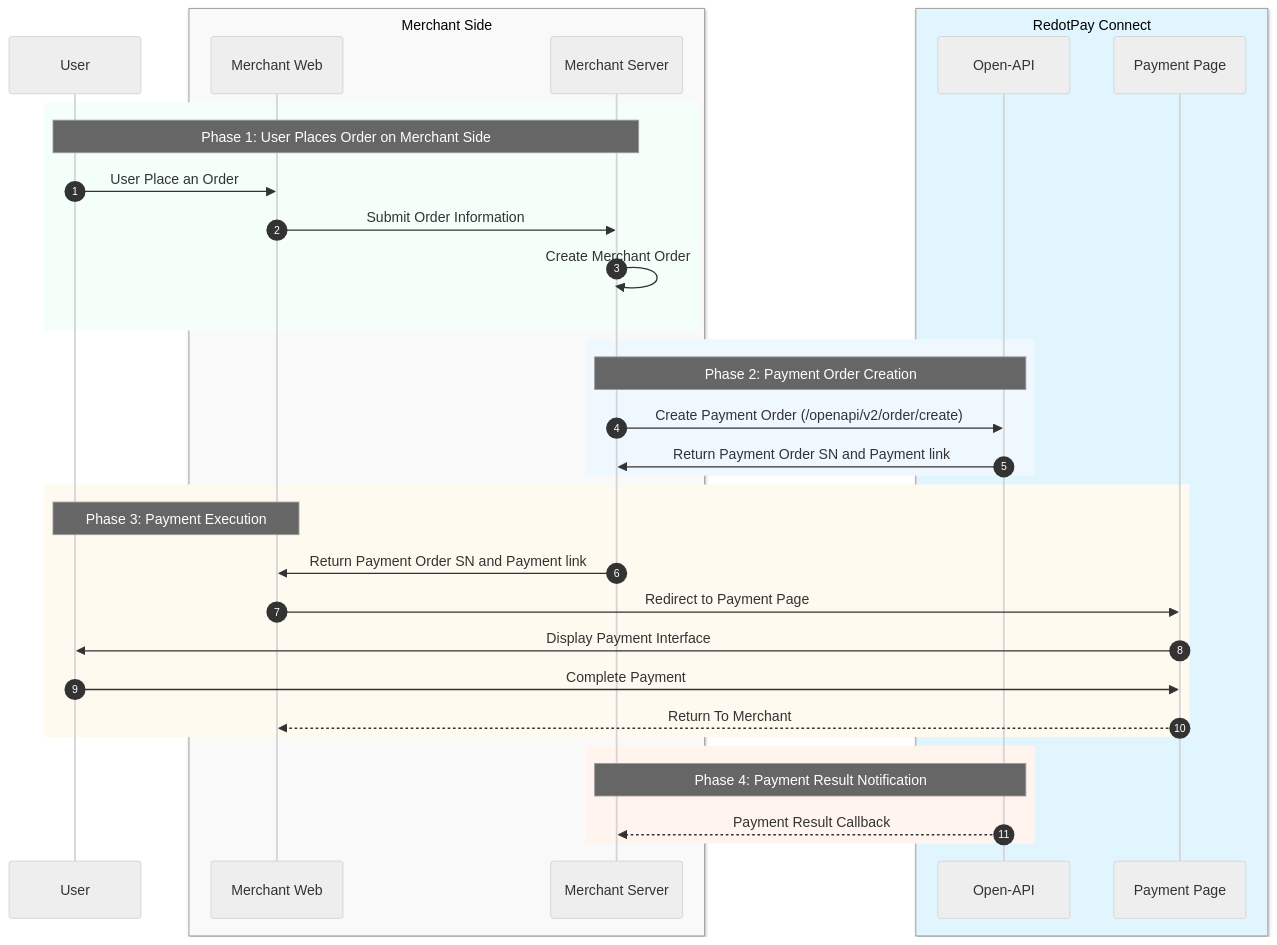
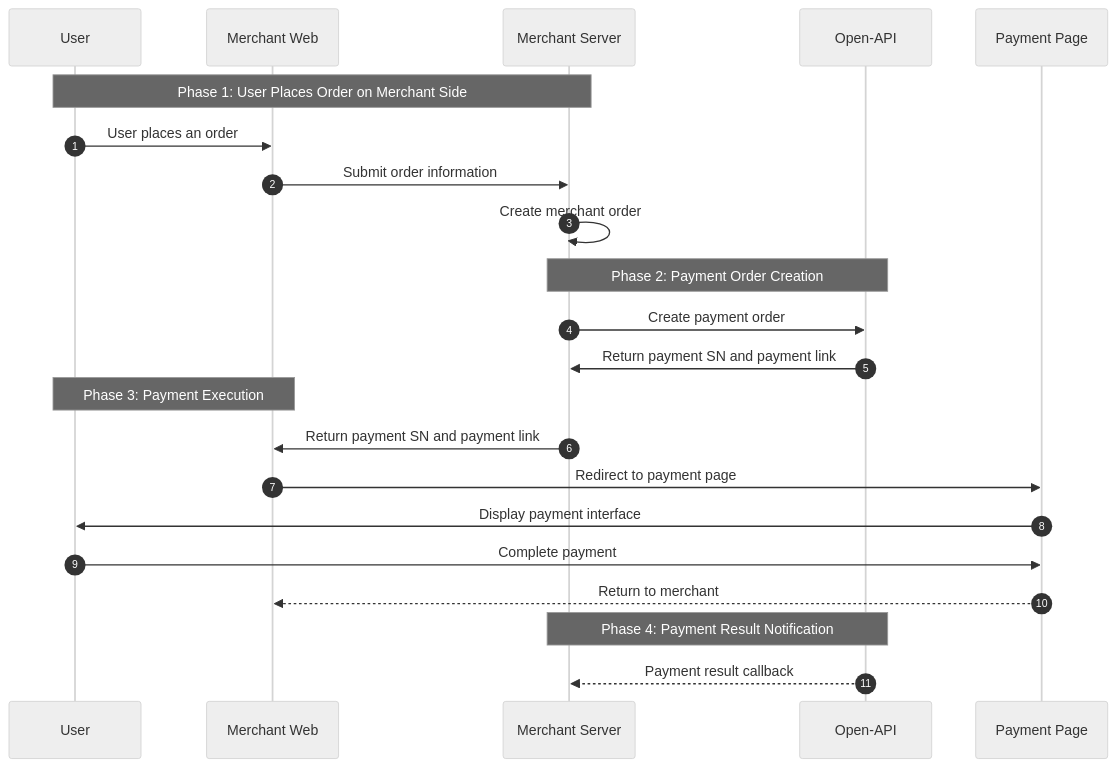
One commit to leo-nemo-8/test-changelog changed the first of 2 diagrams in docs/Getting Started/payment.md. Above: the diagram before and after it, drawn with Mermaid (neutral theme). The commit also changed other lines of this file, not shown here.

Commit message:
Update doc `payment`

````diff
--- a/docs/Getting Started/payment.md
+++ b/docs/Getting Started/payment.md
@@ -32,36 +32,28 @@
 ```mermaid
 sequenceDiagram
     autonumber
     participant User as User
-    box rgb(249, 249, 249) Merchant Side
-        participant App as Merchant Web
-        participant Backend as Merchant Server
-    end
-    box rgb(225, 245, 254) RedotPay Connect
-        participant API as Open-API
-        participant SDK as Payment Page
-    end
-    rect rgb(245, 255, 250)
-        note over User, Backend: Phase 1: User Places Order on Merchant Side
-        User->>App: User Place an Order
-        App->>Backend: Submit Order Information
-        Backend->>Backend: Create Merchant Order
-    end
-    rect rgb(240, 248, 255)
-        note over Backend, API: Phase 2: Payment Order Creation
-        Backend->>API: Create Payment Order (/openapi/v2/order/create)
-        API->>Backend: Return Payment Order SN and Payment link
-    end
-    rect rgb(255, 250, 240)
-        note over App, User: Phase 3: Payment Execution
-        Backend->>App: Return Payment Order SN and Payment link
-        App->>SDK: Redirect to Payment Page
-        SDK->>User: Display Payment Interface
-        User->>SDK: Complete Payment
-        SDK-->>App: Return To Merchant
-    end
-    rect rgb(255, 245, 238)
-        note over API, Backend: Phase 4: Payment Result Notification
-        API-->>Backend: Payment Result Callback
-    end
+    participant App as Merchant Web
+    participant Backend as Merchant Server
+    participant API as Open-API
+    participant SDK as Payment Page
+
+    Note over User,Backend: Phase 1: User Places Order on Merchant Side
+    User->>App: User places an order
+    App->>Backend: Submit order information
+    Backend->>Backend: Create merchant order
+
+    Note over Backend,API: Phase 2: Payment Order Creation
+    Backend->>API: Create payment order
+    API->>Backend: Return payment SN and payment link
+
+    Note over App,User: Phase 3: Payment Execution
+    Backend->>App: Return payment SN and payment link
+    App->>SDK: Redirect to payment page
+    SDK->>User: Display payment interface
+    User->>SDK: Complete payment
+    SDK-->>App: Return to merchant
+
+    Note over API,Backend: Phase 4: Payment Result Notification
+    API-->>Backend: Payment result callback
 ```
````
